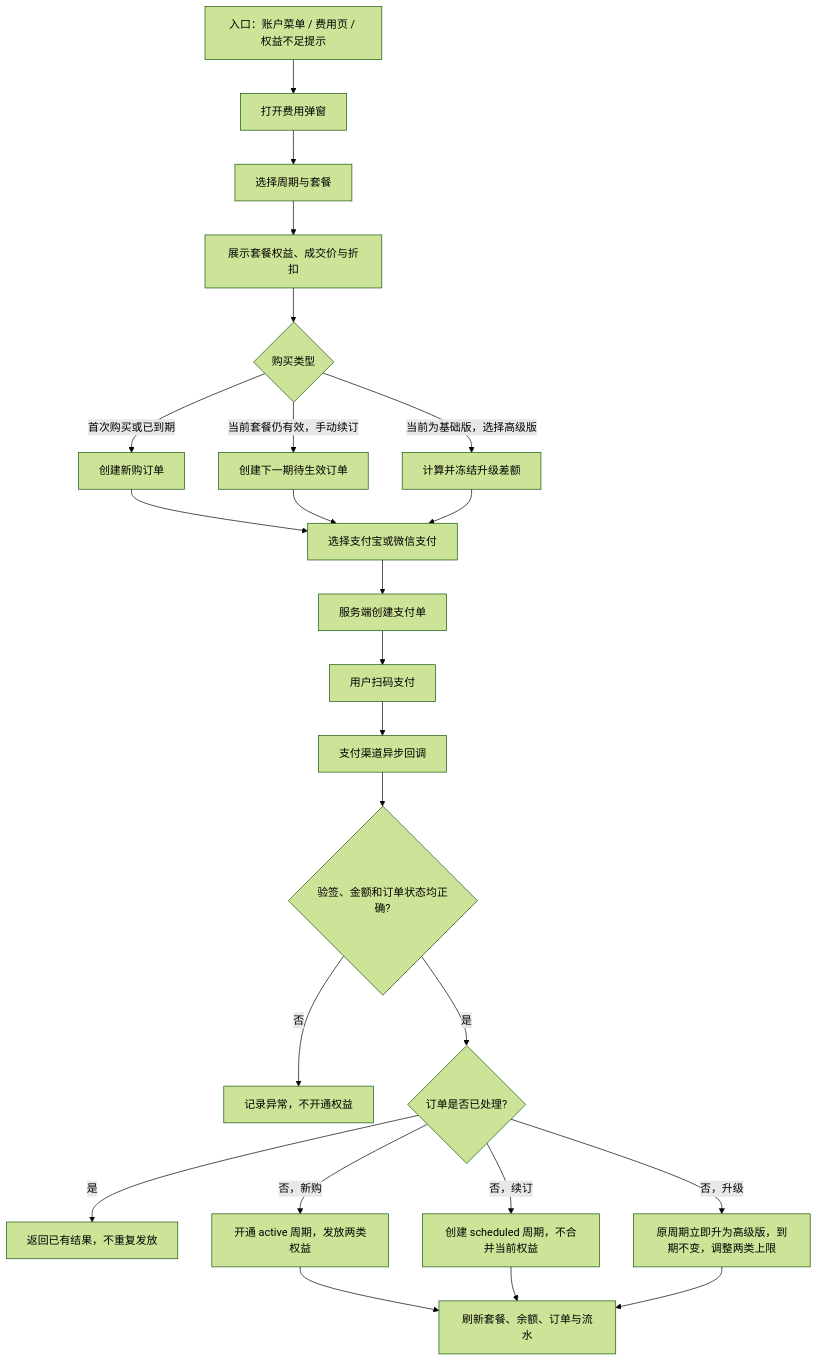
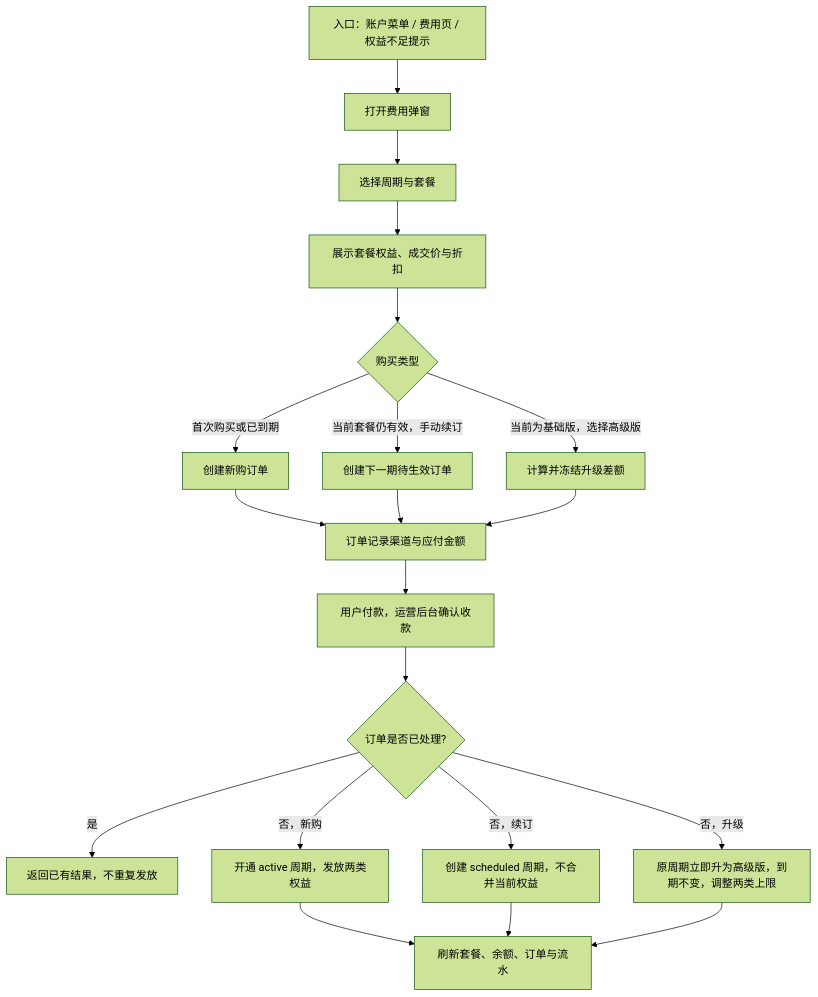
Before and after one commit to EarthMan00/data-agent-console: the third of 4 diagrams in docs/Alice-API-Skills-费用与个人中心一期PRD.md, drawn with Mermaid (forest theme). The commit also changed other lines of this file and 1 other file, not shown here.

````diff
--- a/docs/Alice-API-Skills-费用与个人中心一期PRD.md
+++ b/docs/Alice-API-Skills-费用与个人中心一期PRD.md
@@ -205,26 +213,22 @@
 ```mermaid
 flowchart TD
     A[入口：账户菜单 / 费用页 / 权益不足提示] --> B[打开费用弹窗]
     B --> C[选择周期与套餐]
     C --> D[展示套餐权益、成交价与折扣]
     D --> E{购买类型}
     E -- 首次购买或已到期 --> F[创建新购订单]
     E -- 当前套餐仍有效，手动续订 --> G[创建下一期待生效订单]
     E -- 当前为基础版，选择高级版 --> H[计算并冻结升级差额]
-    F --> I[选择支付宝或微信支付]
+    F --> I[订单记录渠道与应付金额]
     G --> I
     H --> I
-    I --> J[服务端创建支付单]
-    J --> K[用户扫码支付]
-    K --> L[支付渠道异步回调]
-    L --> M{验签、金额和订单状态均正确?}
-    M -- 否 --> N[记录异常，不开通权益]
-    M -- 是 --> O{订单是否已处理?}
-    O -- 是 --> P[返回已有结果，不重复发放]
-    O -- 否，新购 --> Q[开通 active 周期，发放两类权益]
-    O -- 否，续订 --> R[创建 scheduled 周期，不合并当前权益]
-    O -- 否，升级 --> S[原周期立即升为高级版，到期不变，调整两类上限]
-    Q --> T[刷新套餐、余额、订单与流水]
-    R --> T
-    S --> T
+    I --> J[用户付款，运营后台确认收款]
+    J --> K{订单是否已处理?}
+    K -- 是 --> L[返回已有结果，不重复发放]
+    K -- 否，新购 --> M[开通 active 周期，发放两类权益]
+    K -- 否，续订 --> N[创建 scheduled 周期，不合并当前权益]
+    K -- 否，升级 --> O[原周期立即升为高级版，到期不变，调整两类上限]
+    M --> P[刷新套餐、余额、订单与流水]
+    N --> P
+    O --> P
 ```
````
